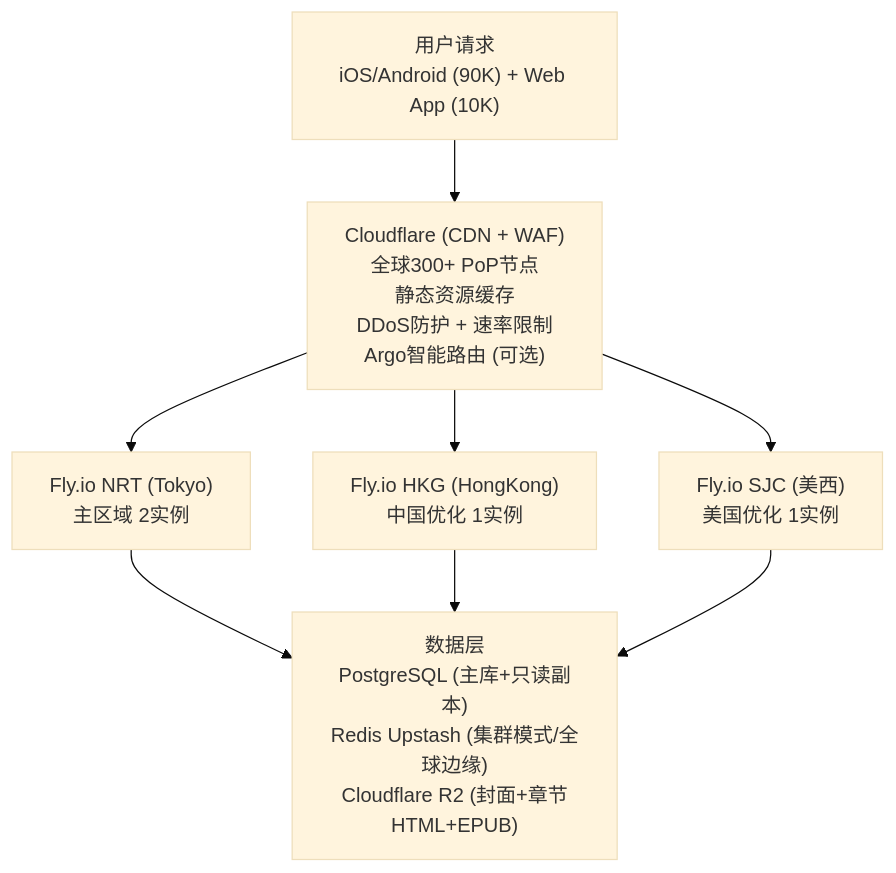
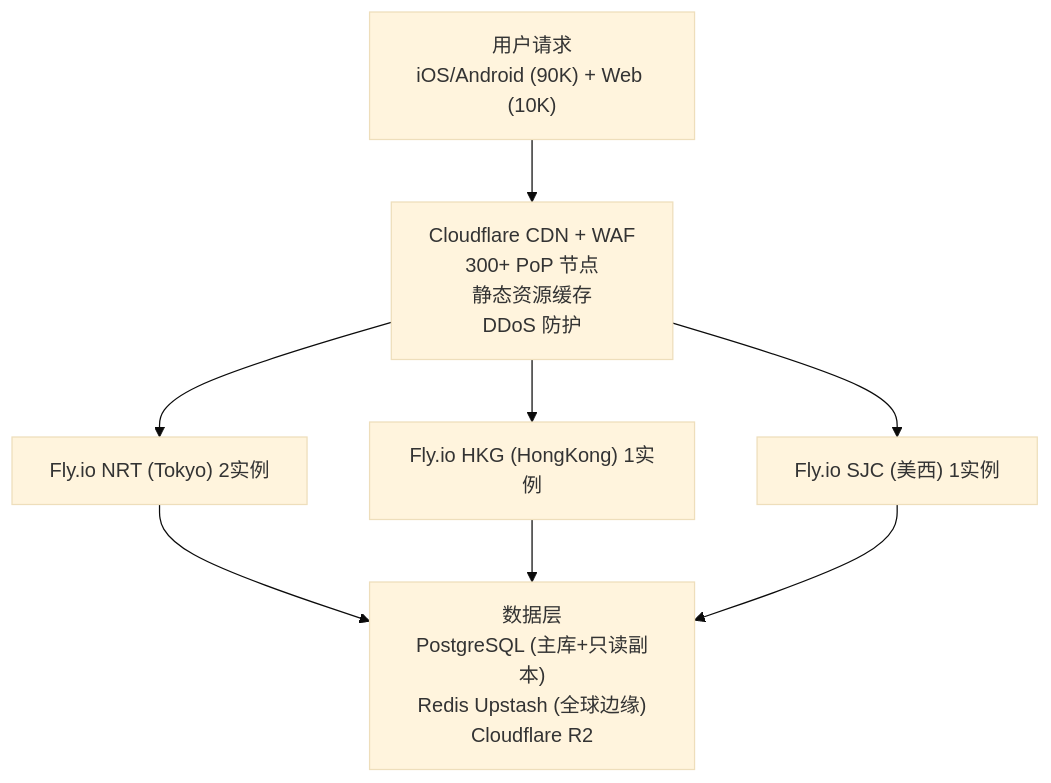
The first of 6 diagrams in 05-operations/monitoring/100k-dau-performance-plan.md (readmigo/docs), drawn with Mermaid (base theme) before and after one commit. The commit also changed other lines of this file and 27 other files, not shown here.

First line of the commit message:
audit: remove code snippets, update to 2-env architecture across operations and pipeline docs

````diff
--- a/05-operations/monitoring/100k-dau-performance-plan.md
+++ b/05-operations/monitoring/100k-dau-performance-plan.md
@@ -82,10 +44,10 @@
 ```mermaid
 graph TD
-    A["用户请求<br>iOS/Android (90K) + Web App (10K)"] --> B["Cloudflare (CDN + WAF)<br>全球300+ PoP节点<br>静态资源缓存<br>DDoS防护 + 速率限制<br>Argo智能路由 (可选)"]
-    B --> C["Fly.io NRT (Tokyo)<br>主区域 2实例"]
-    B --> D["Fly.io HKG (HongKong)<br>中国优化 1实例"]
-    B --> E["Fly.io SJC (美西)<br>美国优化 1实例"]
-    C --> F["数据层<br>PostgreSQL (主库+只读副本)<br>Redis Upstash (集群模式/全球边缘)<br>Cloudflare R2 (封面+章节HTML+EPUB)"]
+    A["用户请求<br>iOS/Android (90K) + Web (10K)"] --> B["Cloudflare CDN + WAF<br>300+ PoP 节点<br>静态资源缓存<br>DDoS 防护"]
+    B --> C["Fly.io NRT (Tokyo) 2实例"]
+    B --> D["Fly.io HKG (HongKong) 1实例"]
+    B --> E["Fly.io SJC (美西) 1实例"]
+    C --> F["数据层<br>PostgreSQL (主库+只读副本)<br>Redis Upstash (全球边缘)<br>Cloudflare R2"]
     D --> F
     E --> F
 ```
````
